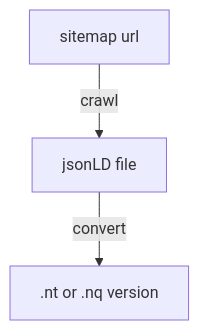
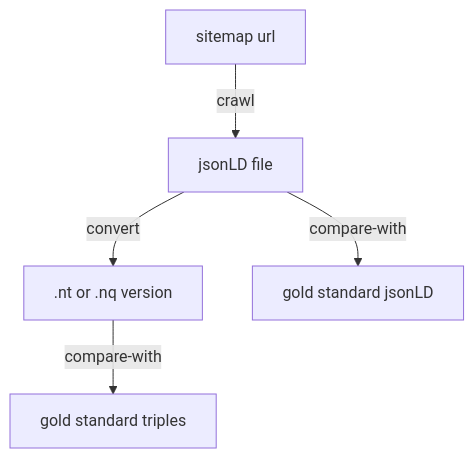
One commit to MBcode/ec changed the third of 7 diagrams in test/ingestTesting.md. Above: the diagram before and after it, drawn with Mermaid. The commit also changed other lines of this file, not shown here.

Commit message:
Update ingestTesting.md
for jsonLD diff can use py dictionary diff libs

````diff
--- a/test/ingestTesting.md
+++ b/test/ingestTesting.md
@@ -597,4 +597,6 @@
 ```mermaid
 flowchart TD
-U[sitemap url] -- crawl --> J[jsonLD file] -- convert --> G[.nt or .nq version]
+U[sitemap url] -- crawl --> J[jsonLD file] -- convert --> G[.nt or .nq version];
+J -- compare-with --> JG[gold standard jsonLD];
+G -- compare-with --> GG[gold standard triples]
 ```
````
